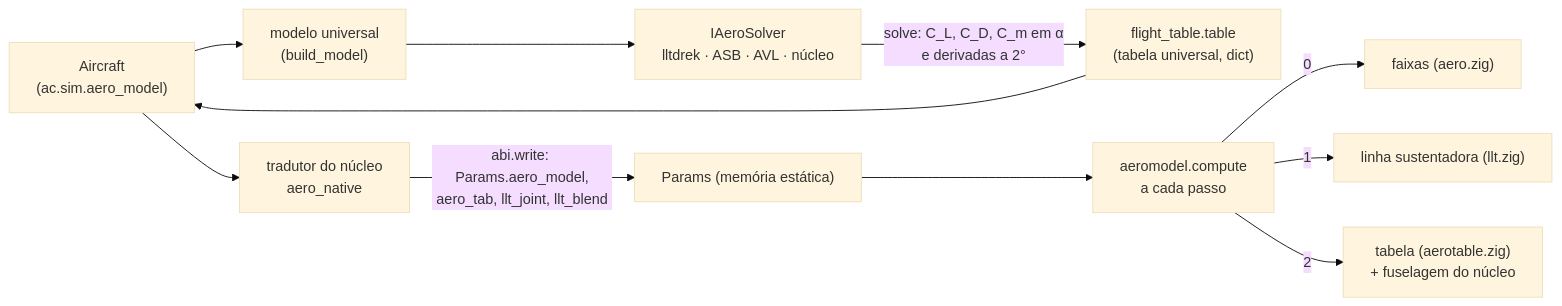
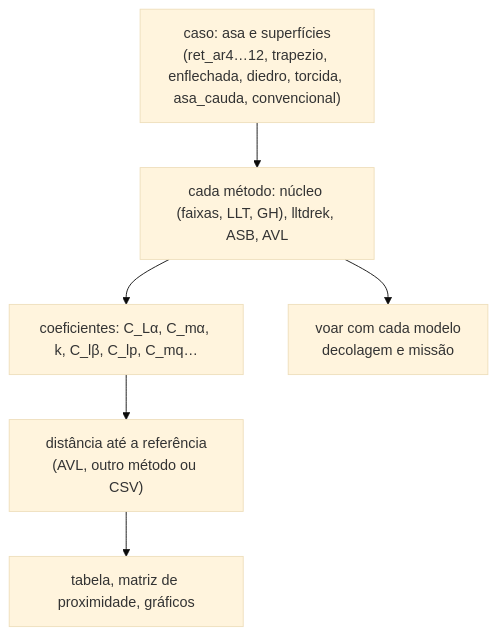
The diagram in tools/aero/README.md (vitordallolivo/AircraftSimulation), drawn with Mermaid (base theme) before and after one commit. The commit also changed other lines of this file, not shown here.

First line of the commit message:
README dos perfis de teste dos coeficientes no formato curto

````diff
--- a/tools/aero/README.md
+++ b/tools/aero/README.md
@@ -383,13 +17,8 @@
 ```mermaid
-flowchart LR
-    AC["Aircraft<br/>(ac.sim.aero_model)"] --> UM["modelo universal<br/>(build_model)"]
-    UM --> S["IAeroSolver<br/>lltdrek · ASB · AVL · núcleo"]
-    S -->|"solve: C_L, C_D, C_m em α<br/>e derivadas a 2°"| FT["flight_table.table<br/>(tabela universal, dict)"]
-    FT --> AC
-    AC --> TR["tradutor do núcleo<br/>aero_native"]
-    TR -->|"abi.write: Params.aero_model,<br/>aero_tab, llt_joint, llt_blend"| P["Params (memória estática)"]
-    P --> AM["aeromodel.compute<br/>a cada passo"]
-    AM -->|0| FX["faixas (aero.zig)"]
-    AM -->|1| LL["linha sustentadora (llt.zig)"]
-    AM -->|2| TB["tabela (aerotable.zig)<br/>+ fuselagem do núcleo"]
+flowchart TB
+    CASO["caso: asa e superfícies<br/>(ret_ar4…12, trapezio, enflechada, diedro, torcida, asa_cauda, convencional)"] --> MET
+    MET["cada método: núcleo (faixas, LLT, GH), lltdrek, ASB, AVL"] --> COEF["coeficientes: C_Lα, C_mα, k, C_lβ, C_lp, C_mq…"]
+    COEF --> DIST["distância até a referência<br/>(AVL, outro método ou CSV)"]
+    DIST --> TAB["tabela, matriz de proximidade, gráficos"]
+    MET --> VOO["voar com cada modelo<br/>decolagem e missão"]
 ```
````
